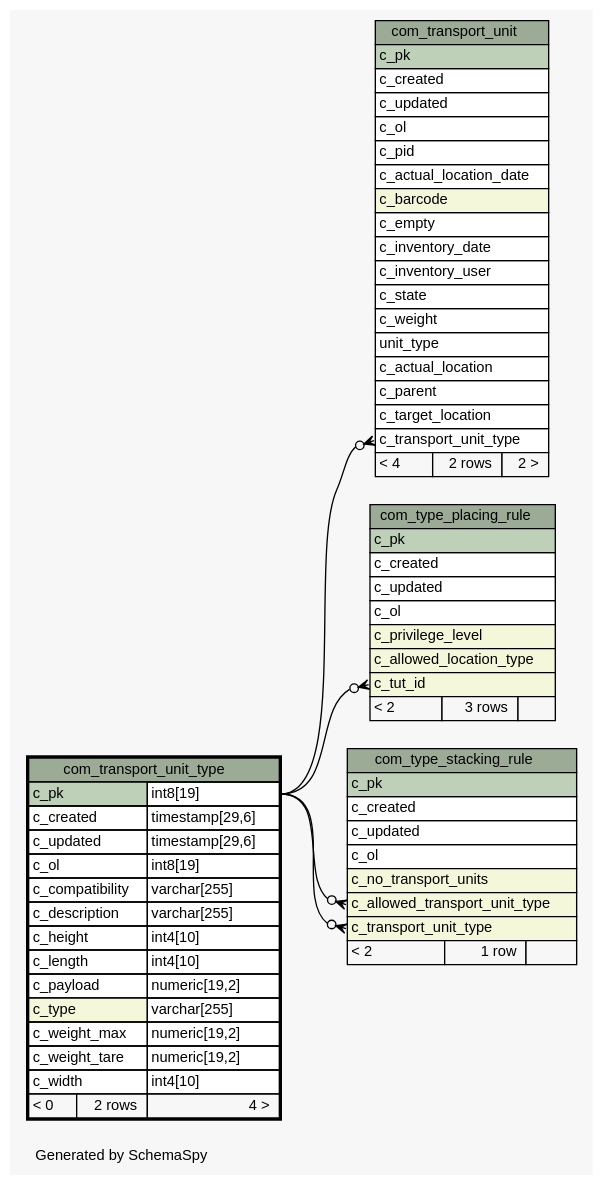
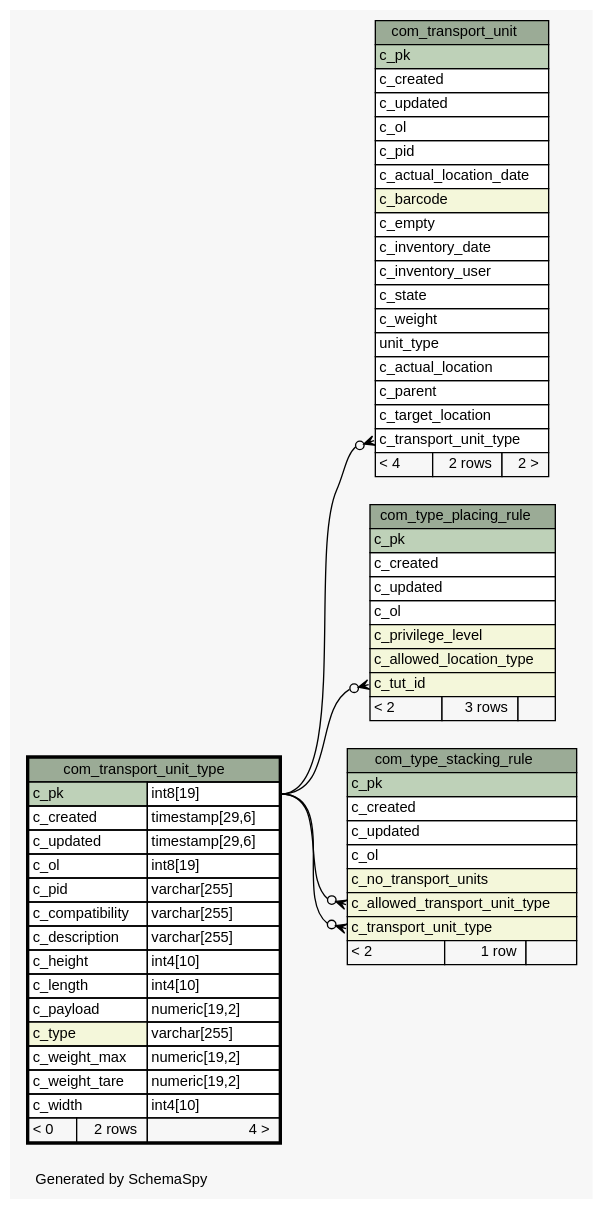
One commit to openwms/org.openwms.common.service.lib changed the diagram in schemaspy/diagrams/com_transport_unit_type.1degree.dot. Above: the diagram before and after it, drawn with Graphviz. The commit also changed 516 other files, not shown here.

```diff
--- a/schemaspy/diagrams/com_transport_unit_type.1degree.dot
+++ b/schemaspy/diagrams/com_transport_unit_type.1degree.dot
@@ -1,106 +1,107 @@
 // dot 2.36.0 on Linux 4.4.0-101-generic
 // SchemaSpy rev Unknown
 digraph "oneDegreeRelationshipsDiagram" {
   graph [
     rankdir="RL"
     bgcolor="#f7f7f7"
     label="\nGenerated by SchemaSpy"
     labeljust="l"
     nodesep="0.18"
     ranksep="0.46"
     fontname="Helvetica"
     fontsize="11"
   ];
   node [
     fontname="Helvetica"
     fontsize="11"
     shape="plaintext"
   ];
   edge [
     arrowsize="0.8"
   ];
   "com_transport_unit":"c_transport_unit_type":w -> "com_transport_unit_type":"c_pk.type":e [arrowhead=none dir=back arrowtail=crowodot];
   "com_type_placing_rule":"c_tut_id":w -> "com_transport_unit_type":"c_pk.type":e [arrowhead=none dir=back arrowtail=crowodot];
   "com_type_stacking_rule":"c_allowed_transport_unit_type":w -> "com_transport_unit_type":"c_pk.type":e [arrowhead=none dir=back arrowtail=crowodot];
   "com_type_stacking_rule":"c_transport_unit_type":w -> "com_transport_unit_type":"c_pk.type":e [arrowhead=none dir=back arrowtail=crowodot];
   "com_transport_unit" [
     label=<
     <TABLE BORDER="0" CELLBORDER="1" CELLSPACING="0" BGCOLOR="#ffffff">
       <TR><TD COLSPAN="3" BGCOLOR="#9bab96" ALIGN="CENTER">com_transport_unit</TD></TR>
       <TR><TD PORT="c_pk" COLSPAN="3" BGCOLOR="#bed1b8" ALIGN="LEFT">c_pk</TD></TR>
       <TR><TD PORT="c_created" COLSPAN="3" ALIGN="LEFT">c_created</TD></TR>
       <TR><TD PORT="c_updated" COLSPAN="3" ALIGN="LEFT">c_updated</TD></TR>
       <TR><TD PORT="c_ol" COLSPAN="3" ALIGN="LEFT">c_ol</TD></TR>
       <TR><TD PORT="c_pid" COLSPAN="3" ALIGN="LEFT">c_pid</TD></TR>
       <TR><TD PORT="c_actual_location_date" COLSPAN="3" ALIGN="LEFT">c_actual_location_date</TD></TR>
       <TR><TD PORT="c_barcode" COLSPAN="3" BGCOLOR="#f4f7da" ALIGN="LEFT">c_barcode</TD></TR>
       <TR><TD PORT="c_empty" COLSPAN="3" ALIGN="LEFT">c_empty</TD></TR>
       <TR><TD PORT="c_inventory_date" COLSPAN="3" ALIGN="LEFT">c_inventory_date</TD></TR>
       <TR><TD PORT="c_inventory_user" COLSPAN="3" ALIGN="LEFT">c_inventory_user</TD></TR>
       <TR><TD PORT="c_state" COLSPAN="3" ALIGN="LEFT">c_state</TD></TR>
       <TR><TD PORT="c_weight" COLSPAN="3" ALIGN="LEFT">c_weight</TD></TR>
       <TR><TD PORT="unit_type" COLSPAN="3" ALIGN="LEFT">unit_type</TD></TR>
       <TR><TD PORT="c_actual_location" COLSPAN="3" ALIGN="LEFT">c_actual_location</TD></TR>
       <TR><TD PORT="c_parent" COLSPAN="3" ALIGN="LEFT">c_parent</TD></TR>
       <TR><TD PORT="c_target_location" COLSPAN="3" ALIGN="LEFT">c_target_location</TD></TR>
       <TR><TD PORT="c_transport_unit_type" COLSPAN="3" ALIGN="LEFT">c_transport_unit_type</TD></TR>
       <TR><TD ALIGN="LEFT" BGCOLOR="#f7f7f7">&lt; 4</TD><TD ALIGN="RIGHT" BGCOLOR="#f7f7f7">2 rows</TD><TD ALIGN="RIGHT" BGCOLOR="#f7f7f7">2 &gt;</TD></TR>
     </TABLE>>
     URL="com_transport_unit.html"
     tooltip="com_transport_unit"
   ];
   "com_transport_unit_type" [
     label=<
     <TABLE BORDER="2" CELLBORDER="1" CELLSPACING="0" BGCOLOR="#ffffff">
       <TR><TD COLSPAN="3" BGCOLOR="#9bab96" ALIGN="CENTER">com_transport_unit_type</TD></TR>
       <TR><TD PORT="c_pk" COLSPAN="2" BGCOLOR="#bed1b8" ALIGN="LEFT">c_pk</TD><TD PORT="c_pk.type" ALIGN="LEFT">int8[19]</TD></TR>
       <TR><TD PORT="c_created" COLSPAN="2" ALIGN="LEFT">c_created</TD><TD PORT="c_created.type" ALIGN="LEFT">timestamp[29,6]</TD></TR>
       <TR><TD PORT="c_updated" COLSPAN="2" ALIGN="LEFT">c_updated</TD><TD PORT="c_updated.type" ALIGN="LEFT">timestamp[29,6]</TD></TR>
       <TR><TD PORT="c_ol" COLSPAN="2" ALIGN="LEFT">c_ol</TD><TD PORT="c_ol.type" ALIGN="LEFT">int8[19]</TD></TR>
+      <TR><TD PORT="c_pid" COLSPAN="2" ALIGN="LEFT">c_pid</TD><TD PORT="c_pid.type" ALIGN="LEFT">varchar[255]</TD></TR>
       <TR><TD PORT="c_compatibility" COLSPAN="2" ALIGN="LEFT">c_compatibility</TD><TD PORT="c_compatibility.type" ALIGN="LEFT">varchar[255]</TD></TR>
       <TR><TD PORT="c_description" COLSPAN="2" ALIGN="LEFT">c_description</TD><TD PORT="c_description.type" ALIGN="LEFT">varchar[255]</TD></TR>
       <TR><TD PORT="c_height" COLSPAN="2" ALIGN="LEFT">c_height</TD><TD PORT="c_height.type" ALIGN="LEFT">int4[10]</TD></TR>
       <TR><TD PORT="c_length" COLSPAN="2" ALIGN="LEFT">c_length</TD><TD PORT="c_length.type" ALIGN="LEFT">int4[10]</TD></TR>
       <TR><TD PORT="c_payload" COLSPAN="2" ALIGN="LEFT">c_payload</TD><TD PORT="c_payload.type" ALIGN="LEFT">numeric[19,2]</TD></TR>
       <TR><TD PORT="c_type" COLSPAN="2" BGCOLOR="#f4f7da" ALIGN="LEFT">c_type</TD><TD PORT="c_type.type" ALIGN="LEFT">varchar[255]</TD></TR>
       <TR><TD PORT="c_weight_max" COLSPAN="2" ALIGN="LEFT">c_weight_max</TD><TD PORT="c_weight_max.type" ALIGN="LEFT">numeric[19,2]</TD></TR>
       <TR><TD PORT="c_weight_tare" COLSPAN="2" ALIGN="LEFT">c_weight_tare</TD><TD PORT="c_weight_tare.type" ALIGN="LEFT">numeric[19,2]</TD></TR>
       <TR><TD PORT="c_width" COLSPAN="2" ALIGN="LEFT">c_width</TD><TD PORT="c_width.type" ALIGN="LEFT">int4[10]</TD></TR>
       <TR><TD ALIGN="LEFT" BGCOLOR="#f7f7f7">&lt; 0</TD><TD ALIGN="RIGHT" BGCOLOR="#f7f7f7">2 rows</TD><TD ALIGN="RIGHT" BGCOLOR="#f7f7f7">4 &gt;</TD></TR>
     </TABLE>>
     URL="com_transport_unit_type.html"
     tooltip="com_transport_unit_type"
   ];
   "com_type_placing_rule" [
     label=<
     <TABLE BORDER="0" CELLBORDER="1" CELLSPACING="0" BGCOLOR="#ffffff">
       <TR><TD COLSPAN="3" BGCOLOR="#9bab96" ALIGN="CENTER">com_type_placing_rule</TD></TR>
       <TR><TD PORT="c_pk" COLSPAN="3" BGCOLOR="#bed1b8" ALIGN="LEFT">c_pk</TD></TR>
       <TR><TD PORT="c_created" COLSPAN="3" ALIGN="LEFT">c_created</TD></TR>
       <TR><TD PORT="c_updated" COLSPAN="3" ALIGN="LEFT">c_updated</TD></TR>
       <TR><TD PORT="c_ol" COLSPAN="3" ALIGN="LEFT">c_ol</TD></TR>
       <TR><TD PORT="c_privilege_level" COLSPAN="3" BGCOLOR="#f4f7da" ALIGN="LEFT">c_privilege_level</TD></TR>
       <TR><TD PORT="c_allowed_location_type" COLSPAN="3" BGCOLOR="#f4f7da" ALIGN="LEFT">c_allowed_location_type</TD></TR>
       <TR><TD PORT="c_tut_id" COLSPAN="3" BGCOLOR="#f4f7da" ALIGN="LEFT">c_tut_id</TD></TR>
       <TR><TD ALIGN="LEFT" BGCOLOR="#f7f7f7">&lt; 2</TD><TD ALIGN="RIGHT" BGCOLOR="#f7f7f7">3 rows</TD><TD ALIGN="RIGHT" BGCOLOR="#f7f7f7">  </TD></TR>
     </TABLE>>
     URL="com_type_placing_rule.html"
     tooltip="com_type_placing_rule"
   ];
   "com_type_stacking_rule" [
     label=<
     <TABLE BORDER="0" CELLBORDER="1" CELLSPACING="0" BGCOLOR="#ffffff">
       <TR><TD COLSPAN="3" BGCOLOR="#9bab96" ALIGN="CENTER">com_type_stacking_rule</TD></TR>
       <TR><TD PORT="c_pk" COLSPAN="3" BGCOLOR="#bed1b8" ALIGN="LEFT">c_pk</TD></TR>
       <TR><TD PORT="c_created" COLSPAN="3" ALIGN="LEFT">c_created</TD></TR>
       <TR><TD PORT="c_updated" COLSPAN="3" ALIGN="LEFT">c_updated</TD></TR>
       <TR><TD PORT="c_ol" COLSPAN="3" ALIGN="LEFT">c_ol</TD></TR>
       <TR><TD PORT="c_no_transport_units" COLSPAN="3" BGCOLOR="#f4f7da" ALIGN="LEFT">c_no_transport_units</TD></TR>
       <TR><TD PORT="c_allowed_transport_unit_type" COLSPAN="3" BGCOLOR="#f4f7da" ALIGN="LEFT">c_allowed_transport_unit_type</TD></TR>
       <TR><TD PORT="c_transport_unit_type" COLSPAN="3" BGCOLOR="#f4f7da" ALIGN="LEFT">c_transport_unit_type</TD></TR>
       <TR><TD ALIGN="LEFT" BGCOLOR="#f7f7f7">&lt; 2</TD><TD ALIGN="RIGHT" BGCOLOR="#f7f7f7">1 row</TD><TD ALIGN="RIGHT" BGCOLOR="#f7f7f7">  </TD></TR>
     </TABLE>>
     URL="com_type_stacking_rule.html"
     tooltip="com_type_stacking_rule"
   ];
 }
```
